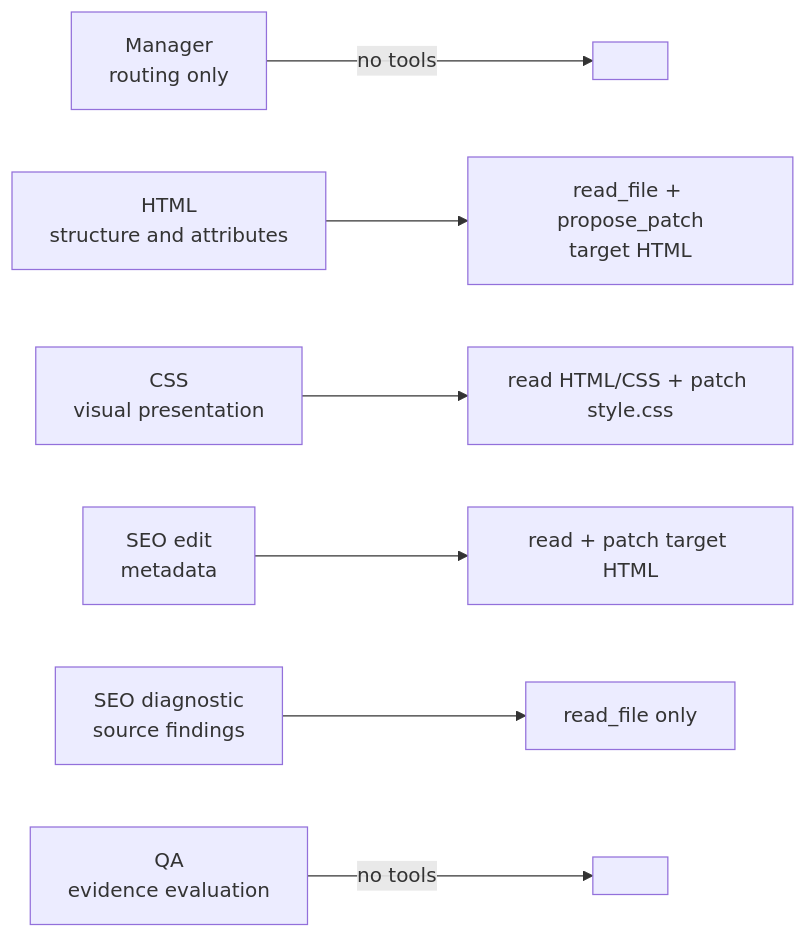
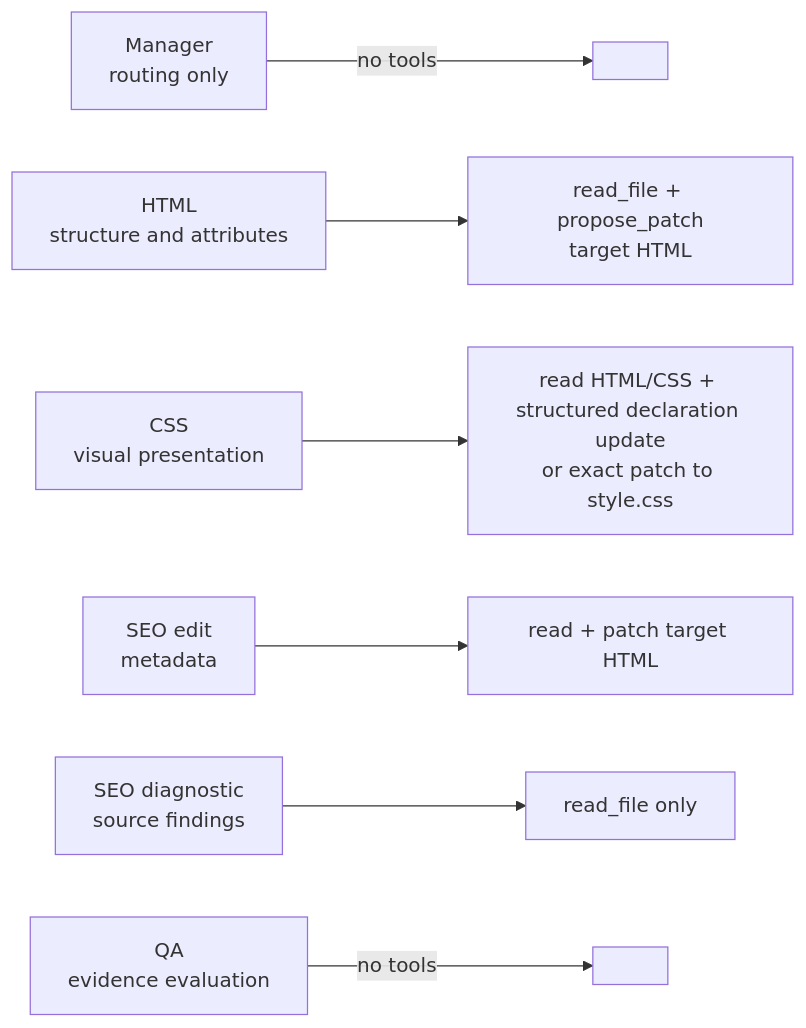
The third of 6 diagrams in agentorchestra/docs/architecture.md (NaimurRahmannn/Multi-Agent-Orchestrator), drawn with Mermaid before and after one commit. The commit also changed other lines of this file and 8 other files, not shown here.

````diff
--- a/agentorchestra/docs/architecture.md
+++ b/agentorchestra/docs/architecture.md
@@ -71,9 +72,9 @@
 ```mermaid
 flowchart LR
     M[Manager<br/>routing only] -->|no tools| NONE1[ ]
     H[HTML<br/>structure and attributes] --> RP[read_file + propose_patch<br/>target HTML]
-    C[CSS<br/>visual presentation] --> RC[read HTML/CSS + patch style.css]
+    C[CSS<br/>visual presentation] --> RC[read HTML/CSS + structured declaration update<br/>or exact patch to style.css]
     S[SEO edit<br/>metadata] --> RS[read + patch target HTML]
     SD[SEO diagnostic<br/>source findings] --> RO[read_file only]
     Q[QA<br/>evidence evaluation] -->|no tools| NONE2[ ]
 ```
````
